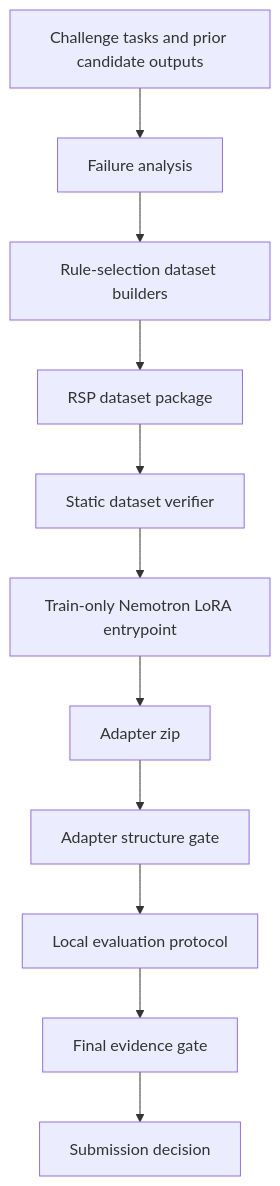
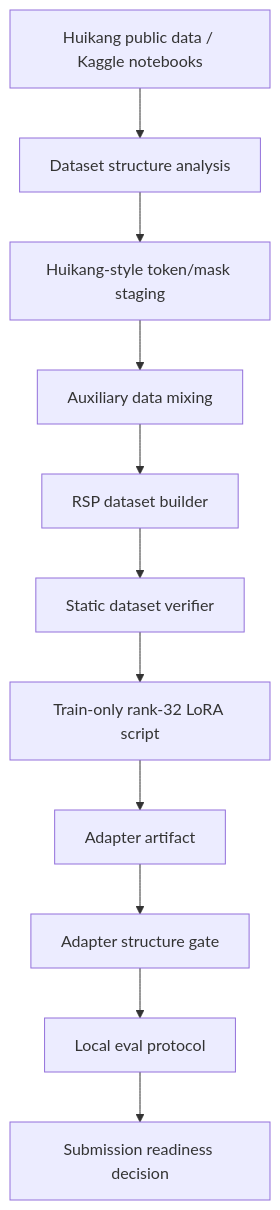
The diagram in README.md (leegongman/nvidia-nemotron-reasoning), drawn with Mermaid before and after one commit. The commit also changed other lines of this file and 36 other files, not shown here.

````diff
--- a/README.md
+++ b/README.md
@@ -49,13 +66,13 @@
 ```mermaid
 flowchart TD
-    A[Challenge tasks and prior candidate outputs] --> B[Failure analysis]
-    B --> C[Rule-selection dataset builders]
-    C --> D[RSP dataset package]
-    D --> E[Static dataset verifier]
-    E --> F[Train-only Nemotron LoRA entrypoint]
-    F --> G[Adapter zip]
-    G --> H[Adapter structure gate]
-    H --> I[Local evaluation protocol]
-    I --> J[Final evidence gate]
-    J --> K[Submission decision]
+    A["Huikang public data / Kaggle notebooks"] --> B["Dataset structure analysis"]
+    B --> C["Huikang-style token/mask staging"]
+    C --> D["Auxiliary data mixing"]
+    D --> E["RSP dataset builder"]
+    E --> F["Static dataset verifier"]
+    F --> G["Train-only rank-32 LoRA script"]
+    G --> H["Adapter artifact"]
+    H --> I["Adapter structure gate"]
+    I --> J["Local eval protocol"]
+    J --> K["Submission readiness decision"]
 ```
````
